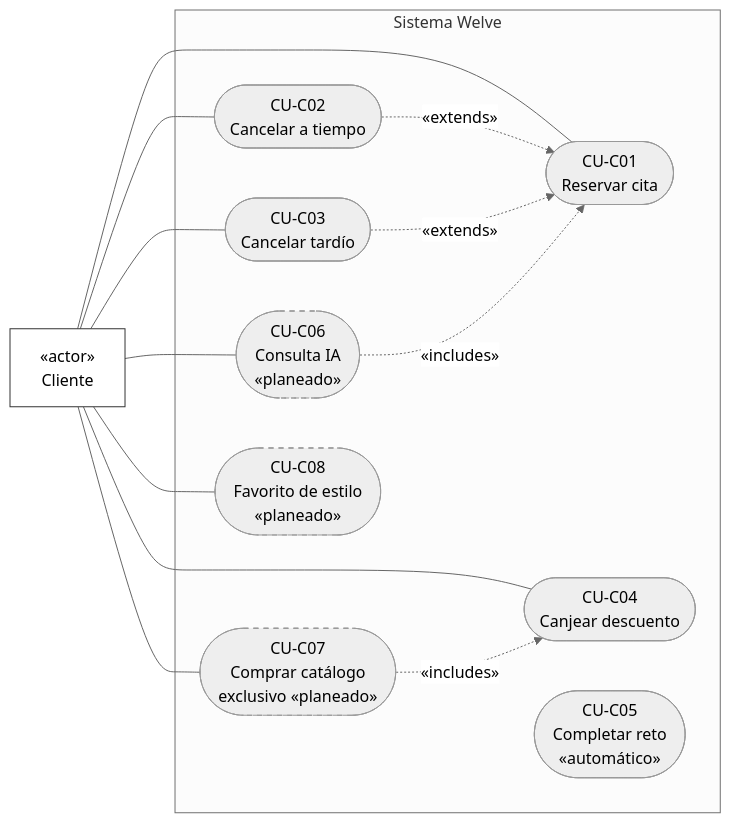
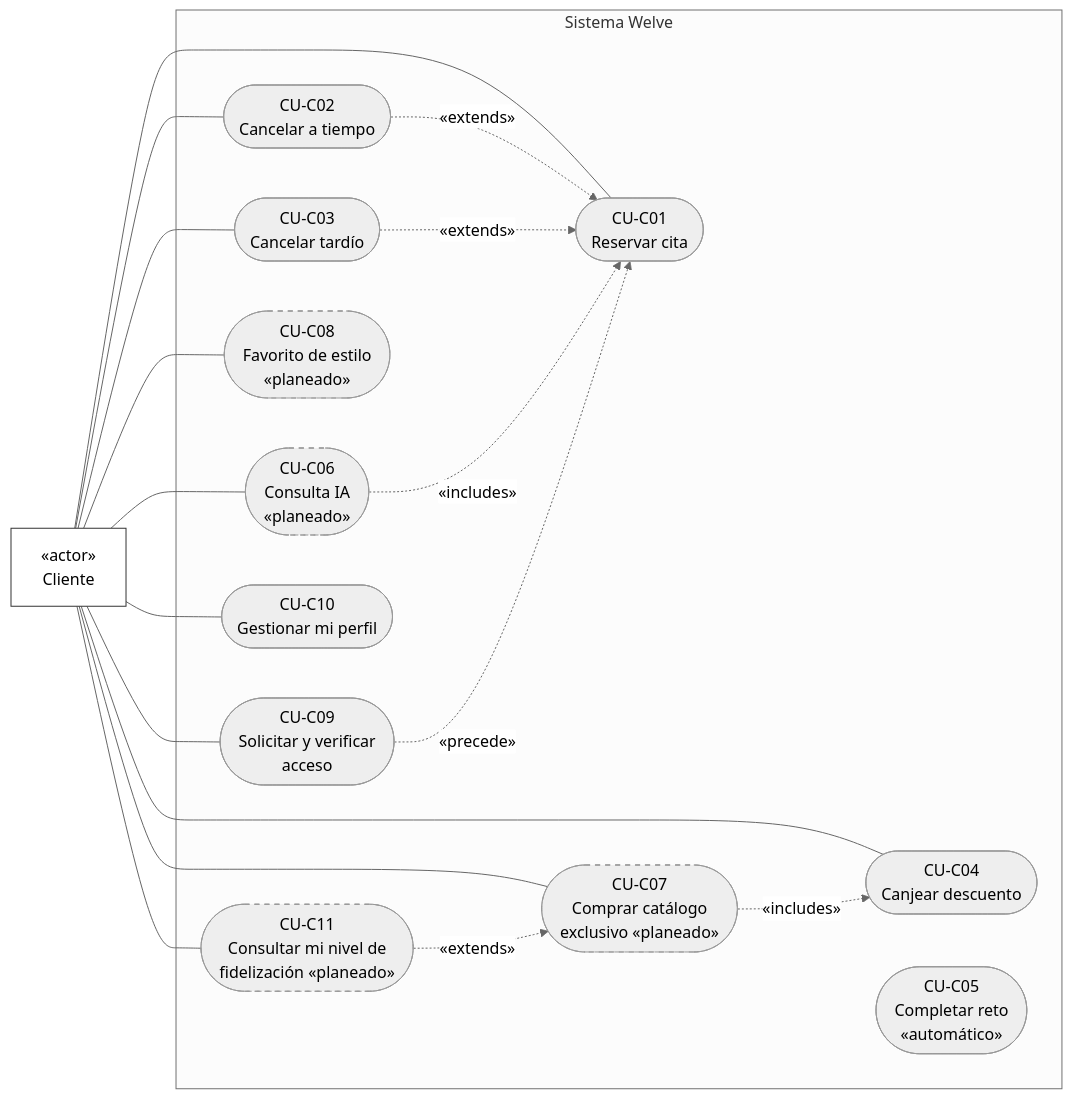
The first of 3 diagrams in docs/tesis/02_CASOS_DE_USO_UML.md (Alezzandromv/welve), drawn with Mermaid (neutral theme) before and after one commit. The commit also changed other lines of this file and 7 other files, not shown here.

````diff
--- a/docs/tesis/02_CASOS_DE_USO_UML.md
+++ b/docs/tesis/02_CASOS_DE_USO_UML.md
@@ -22,33 +31,41 @@
 ```mermaid
 flowchart LR
     Cliente["«actor»<br/>Cliente"]
 
     subgraph SistemaC["Sistema Welve"]
         CUC01(["CU-C01<br/>Reservar cita"])
         CUC02(["CU-C02<br/>Cancelar a tiempo"])
         CUC03(["CU-C03<br/>Cancelar tardío"])
         CUC04(["CU-C04<br/>Canjear descuento"])
         CUC05(["CU-C05<br/>Completar reto<br/>«automático»"])
         CUC06(["CU-C06<br/>Consulta IA<br/>«planeado»"])
         CUC07(["CU-C07<br/>Comprar catálogo<br/>exclusivo «planeado»"])
         CUC08(["CU-C08<br/>Favorito de estilo<br/>«planeado»"])
+        CUC09(["CU-C09<br/>Solicitar y verificar<br/>acceso"])
+        CUC10(["CU-C10<br/>Gestionar mi perfil"])
+        CUC11(["CU-C11<br/>Consultar mi nivel de<br/>fidelización «planeado»"])
     end
 
     Cliente --- CUC01
     Cliente --- CUC02
     Cliente --- CUC03
     Cliente --- CUC04
     Cliente --- CUC06
     Cliente --- CUC07
     Cliente --- CUC08
+    Cliente --- CUC09
+    Cliente --- CUC10
+    Cliente --- CUC11
 
     CUC02 -. "«extends»" .-> CUC01
     CUC03 -. "«extends»" .-> CUC01
     CUC06 -. "«includes»" .-> CUC01
     CUC07 -. "«includes»" .-> CUC04
+    CUC09 -. "«precede»" .-> CUC01
+    CUC11 -. "«extends»" .-> CUC07
 
     classDef actor fill:#fff,stroke:#333,stroke-width:1px
     classDef planeado stroke-dasharray: 5 5
     class Cliente actor
-    class CUC06,CUC07,CUC08 planeado
+    class CUC06,CUC07,CUC08,CUC11 planeado
 ```
````
